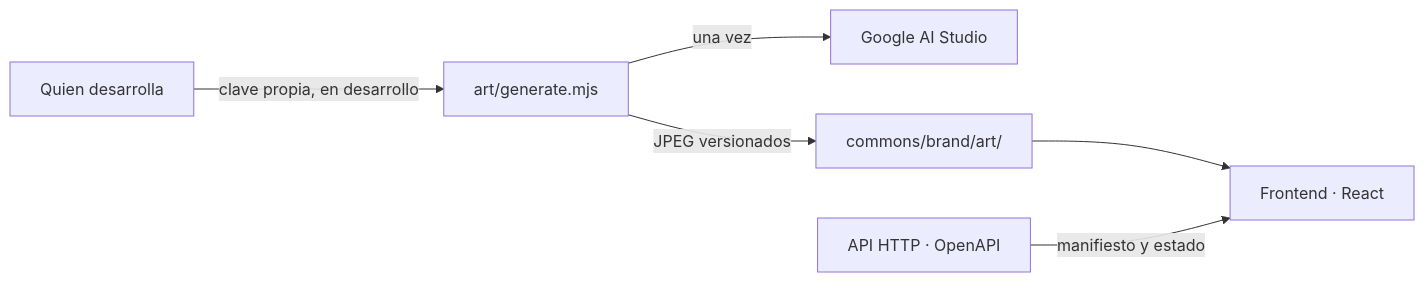
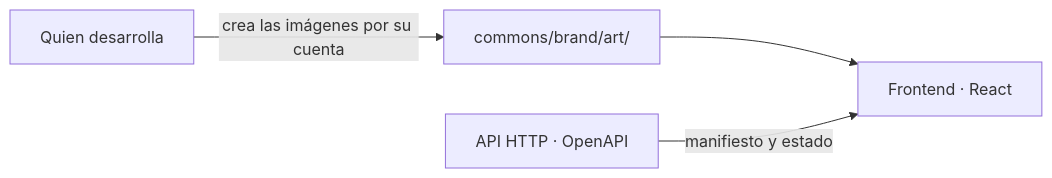
The diagram in specs/srs-frontend-v2.md (emilioqaracter/Story-Maker), drawn with Mermaid before and after one commit. The commit also changed other lines of this file and 18 other files, not shown here.

````diff
--- a/specs/srs-frontend-v2.md
+++ b/specs/srs-frontend-v2.md
@@ -47,8 +47,6 @@
 ```mermaid
 graph LR
-  DEV["Quien desarrolla"] -->|clave propia, en desarrollo| GEN["art/generate.mjs"]
-  GEN -->|una vez| G["Google AI Studio"]
-  GEN -->|JPEG versionados| ART["commons/brand/art/"]
+  DEV["Quien desarrolla"] -->|crea las imágenes por su cuenta| ART["commons/brand/art/"]
   ART --> FE["Frontend · React"]
   API["API HTTP · OpenAPI"] -->|manifiesto y estado| FE
 ```
````
